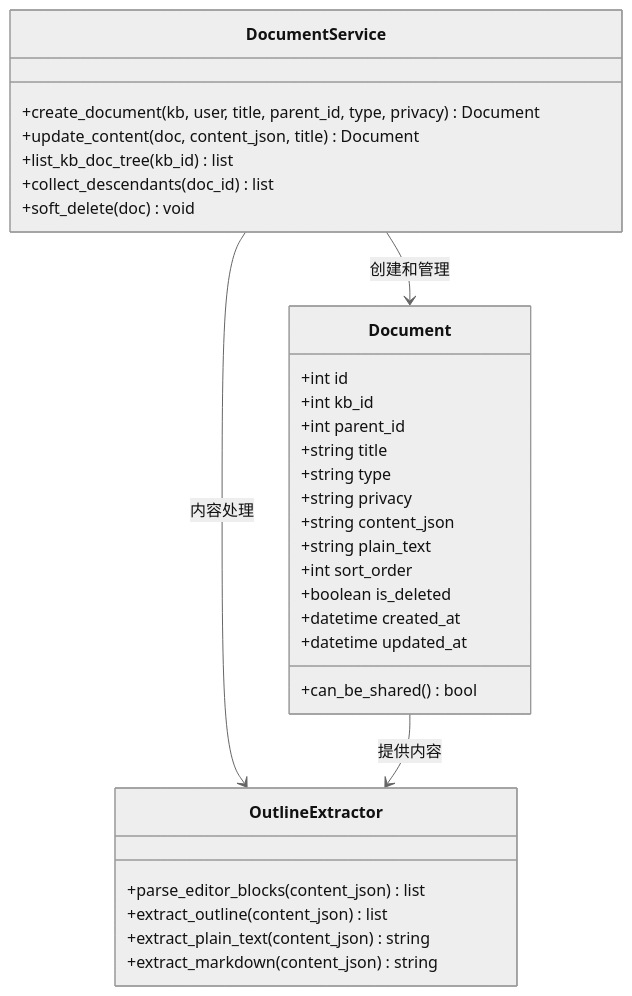
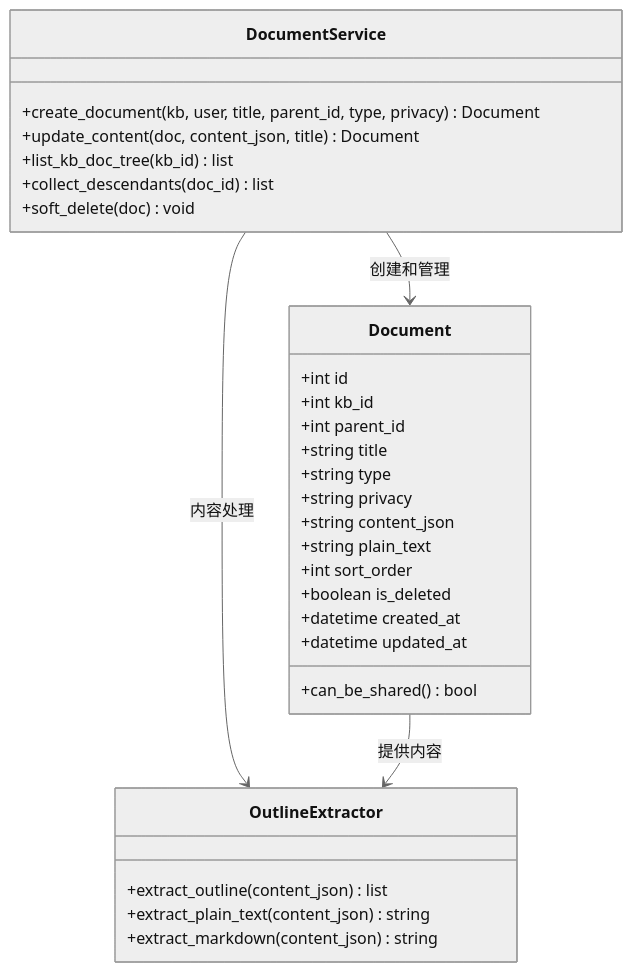
The sixth of 16 diagrams in .qoder/repowiki/zh/content/架构设计/蓝图系统设计/文档蓝图 (Document Blueprint).md (beyondalbert/my_wiki), drawn with Mermaid (neutral theme) before and after one commit. The commit also changed other lines of this file and 9 other files, not shown here.

````diff
--- a/.qoder/repowiki/zh/content/架构设计/蓝图系统设计/文档蓝图 (Document Blueprint).md
+++ b/.qoder/repowiki/zh/content/架构设计/蓝图系统设计/文档蓝图 (Document Blueprint).md
@@ -274,34 +281,33 @@
 ```mermaid
 classDiagram
 class Document {
 +int id
 +int kb_id
 +int parent_id
 +string title
 +string type
 +string privacy
 +string content_json
 +string plain_text
 +int sort_order
 +boolean is_deleted
 +datetime created_at
 +datetime updated_at
 +can_be_shared() bool
 }
 class DocumentService {
 +create_document(kb, user, title, parent_id, type, privacy) Document
 +update_content(doc, content_json, title) Document
 +list_kb_doc_tree(kb_id) list
 +collect_descendants(doc_id) list
 +soft_delete(doc) void
 }
 class OutlineExtractor {
-+parse_editor_blocks(content_json) list
 +extract_outline(content_json) list
 +extract_plain_text(content_json) string
 +extract_markdown(content_json) string
 }
 DocumentService --> Document : 创建和管理
 DocumentService --> OutlineExtractor : 内容处理
 Document --> OutlineExtractor : 提供内容
 ```
````
